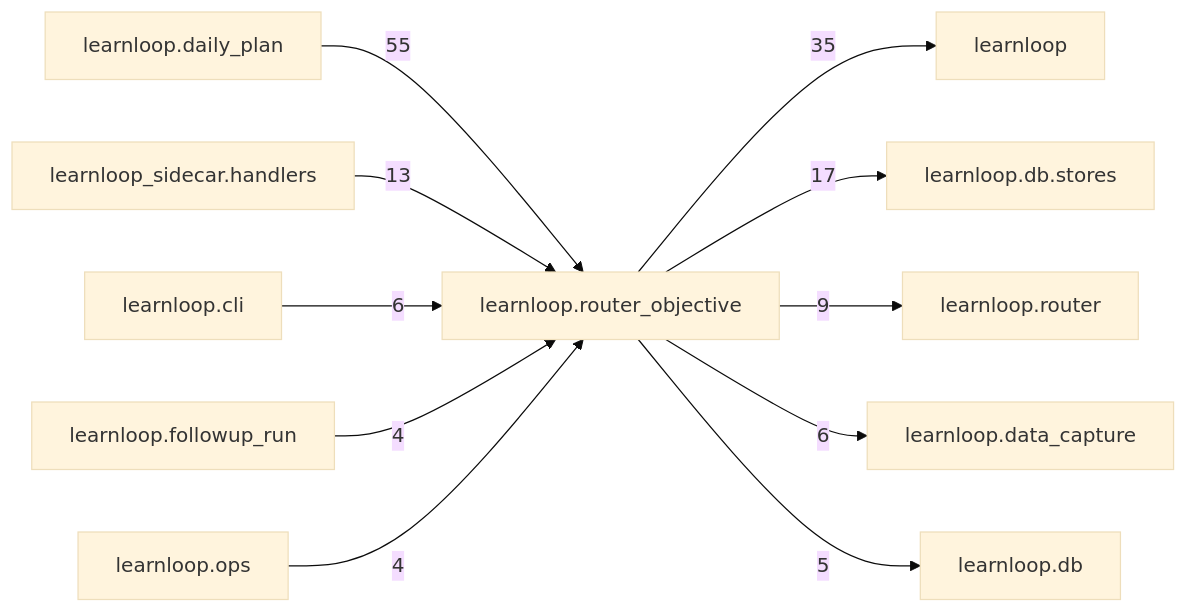
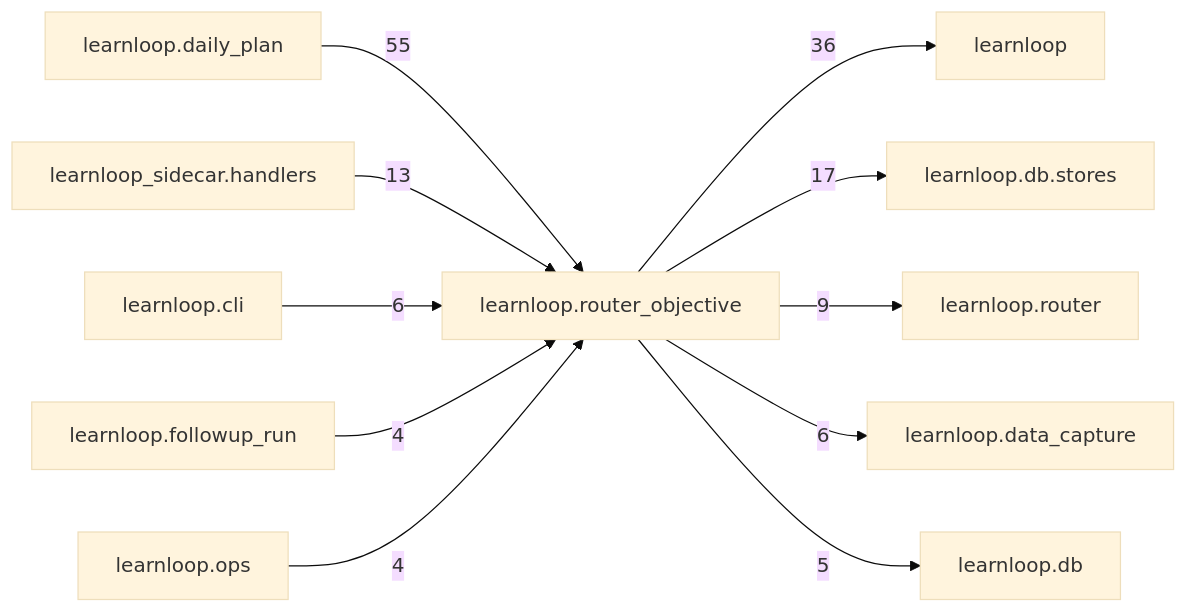
Before and after one commit to 6up-b/learnanything: the diagram in docs/learnloop-architecture-vault/Reference/Modules/learnloop/router_objective/_package.md, drawn with Mermaid (base theme). The commit also changed other lines of this file and 158 other files, not shown here.

````diff
--- a/docs/learnloop-architecture-vault/Reference/Modules/learnloop/router_objective/_package.md
+++ b/docs/learnloop-architecture-vault/Reference/Modules/learnloop/router_objective/_package.md
@@ -171,24 +171,24 @@
 ```mermaid
 flowchart LR
     center["learnloop.router_objective"]
     n_learnloop_daily_plan["learnloop.daily_plan"]
     n_learnloop["learnloop"]
     n_learnloop_db_stores["learnloop.db.stores"]
     n_learnloop_sidecar_handlers["learnloop_sidecar.handlers"]
     n_learnloop_router["learnloop.router"]
     n_learnloop_cli["learnloop.cli"]
     n_learnloop_data_capture["learnloop.data_capture"]
     n_learnloop_db["learnloop.db"]
     n_learnloop_followup_run["learnloop.followup_run"]
     n_learnloop_ops["learnloop.ops"]
     n_learnloop_daily_plan -->|55| center
-    center -->|35| n_learnloop
+    center -->|36| n_learnloop
     center -->|17| n_learnloop_db_stores
     n_learnloop_sidecar_handlers -->|13| center
     center -->|9| n_learnloop_router
     n_learnloop_cli -->|6| center
     center -->|6| n_learnloop_data_capture
     center -->|5| n_learnloop_db
     n_learnloop_followup_run -->|4| center
     n_learnloop_ops -->|4| center
 ```
````
